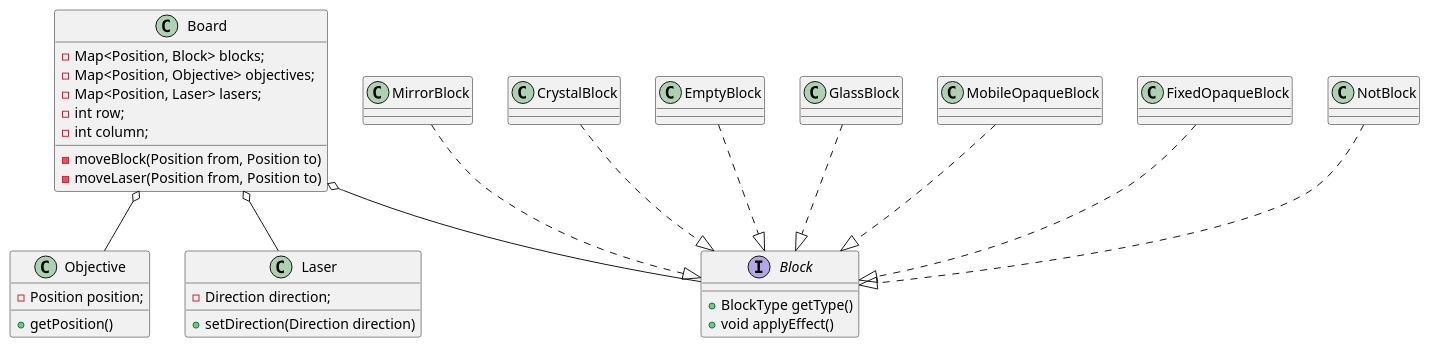
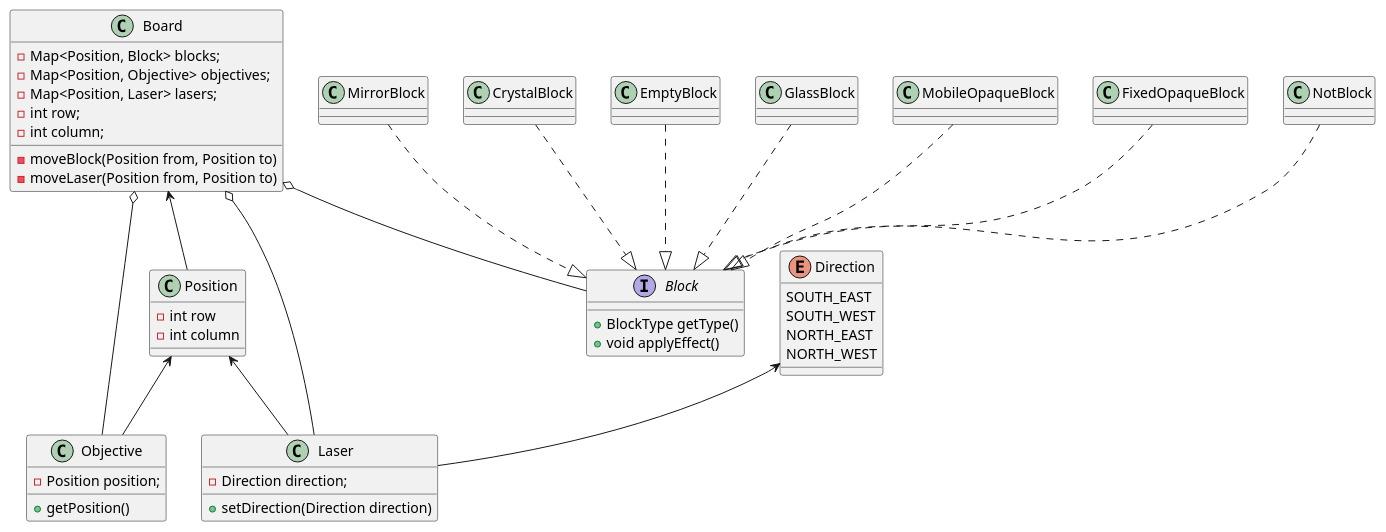
One commit to joseslavkis/Paradigmas-de-programacion changed the diagram in lasers/Diagram/ClassDiagram.puml. Above: the diagram before and after it, drawn with PlantUML. The commit also changed 8 other files, not shown here.

Commit message:
Modificación UML

```diff
--- a/lasers/Diagram/ClassDiagram.puml
+++ b/lasers/Diagram/ClassDiagram.puml
@@ -1,40 +1,58 @@
 @startuml
+
+class Position {
+    - int row
+    - int column
+}
+
+enum Direction {
+    SOUTH_EAST
+    SOUTH_WEST
+    NORTH_EAST
+    NORTH_WEST
+}
 
 class Board {
 - Map<Position, Block> blocks;
 - Map<Position, Objective> objectives;
 - Map<Position, Laser> lasers;
 - int row;
 - int column;
 -moveBlock(Position from, Position to)
 -moveLaser(Position from, Position to)
 }
 
 class Objective {
     - Position position;
     + getPosition()
 }
 
 class Laser {
     - Direction direction;
     + setDirection(Direction direction)
 }
 
 interface Block {
     + BlockType getType()
     + void applyEffect()
 }
 
 Board o-- Objective
 Board o-- Laser
 Board o-- Block
+Board <-- Position
 
 MirrorBlock ..|> Block
 CrystalBlock ..|> Block
 EmptyBlock ..|> Block
 GlassBlock ..|> Block
 MobileOpaqueBlock ..|> Block
 FixedOpaqueBlock ..|> Block
 NotBlock ..|> Block
 
+Position <-- Laser
+Position <-- Objective
+
+Direction <-- Laser
+
 @enduml
```
